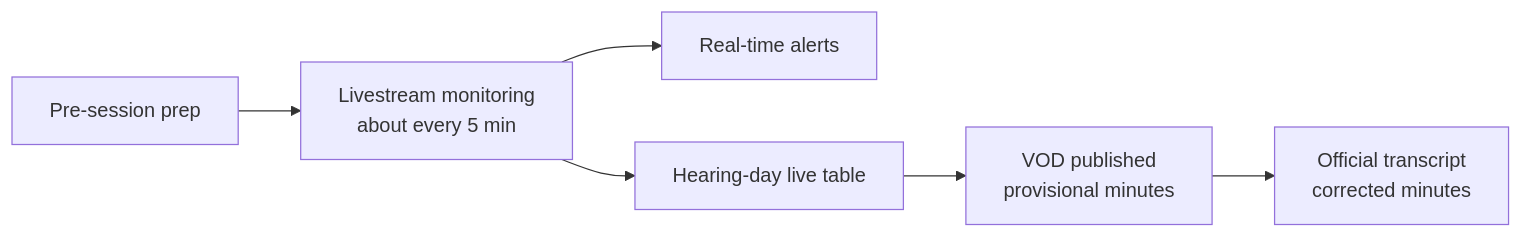
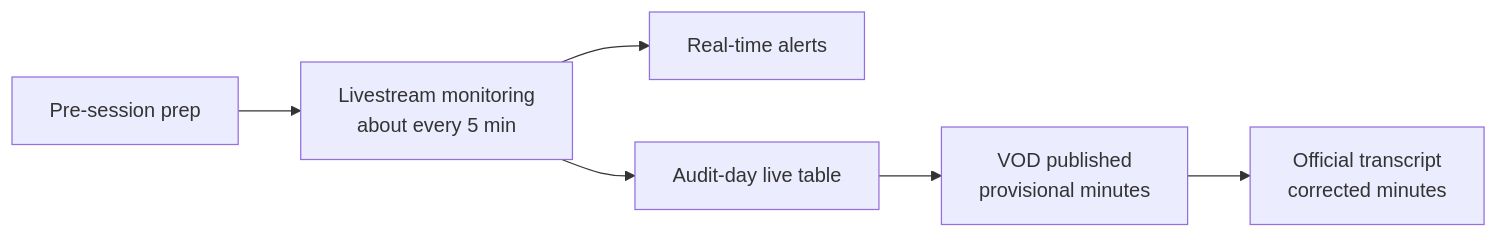
One commit to hongong-kr/seoul-metropolitan-council changed the diagram in README.en.md. Above: the diagram before and after it, drawn with Mermaid. The commit also changed other lines of this file and 2 other files, not shown here.

Commit message:
Fix remaining hearing-day terminology: audit day in READMEs and SKILL.ko.md scope

````diff
--- a/README.en.md
+++ b/README.en.md
@@ -32,8 +32,8 @@
 ```mermaid
 flowchart LR
     A[Pre-session prep] --> B[Livestream monitoring<br/>about every 5 min]
     B --> C[Real-time alerts]
-    B --> D[Hearing-day live table]
+    B --> D[Audit-day live table]
     D --> E[VOD published<br/>provisional minutes]
     E --> F[Official transcript<br/>corrected minutes]
 ```
````
